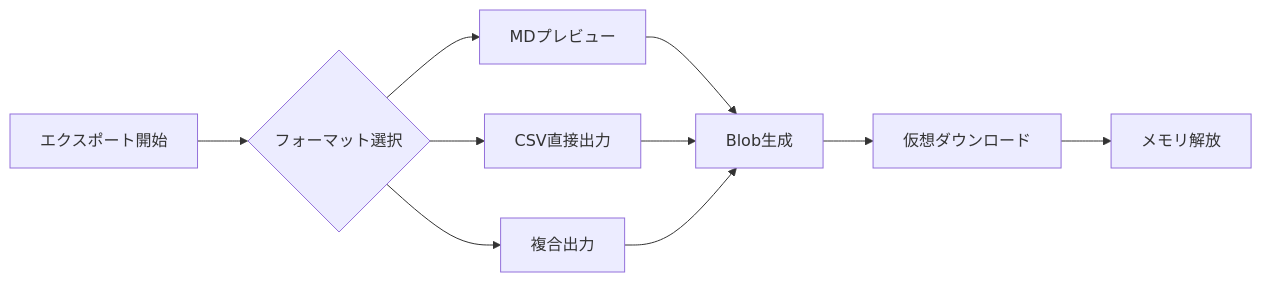
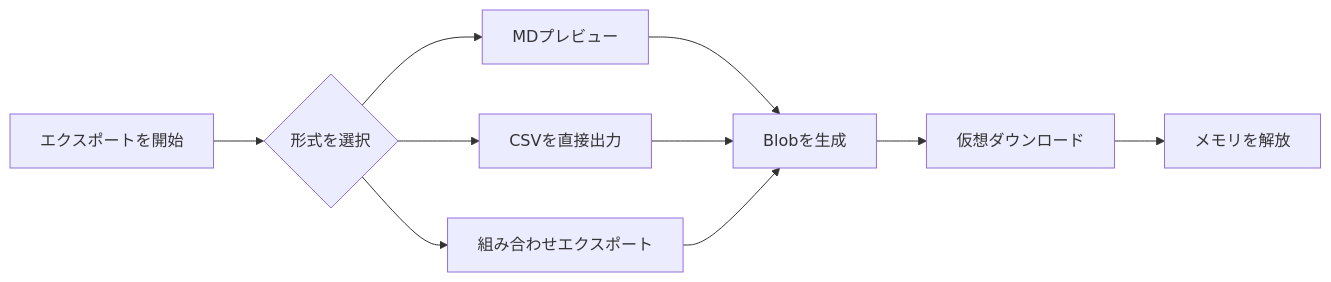
Before and after one commit to linyaocrush/DLsite-Purchase-Analyzer: the fourth of 6 diagrams in README-JP.md, drawn with Mermaid. The commit also changed other lines of this file, not shown here.

````diff
--- a/README-JP.md
+++ b/README-JP.md
@@ -187,12 +206,12 @@
 ```mermaid
 graph LR
-    A[エクスポート開始] --> B{フォーマット選択}
+    A[エクスポートを開始] --> B{形式を選択}
     B --> C[MDプレビュー]
-    B --> D[CSV直接出力]
-    B --> E[複合出力]
-    C --> F[Blob生成]
+    B --> D[CSVを直接出力]
+    B --> E[組み合わせエクスポート]
+    C --> F[Blobを生成]
     D --> F
     E --> F
     F --> G[仮想ダウンロード]
-    G --> H[メモリ解放]
+    G --> H[メモリを解放]
 ```
````
